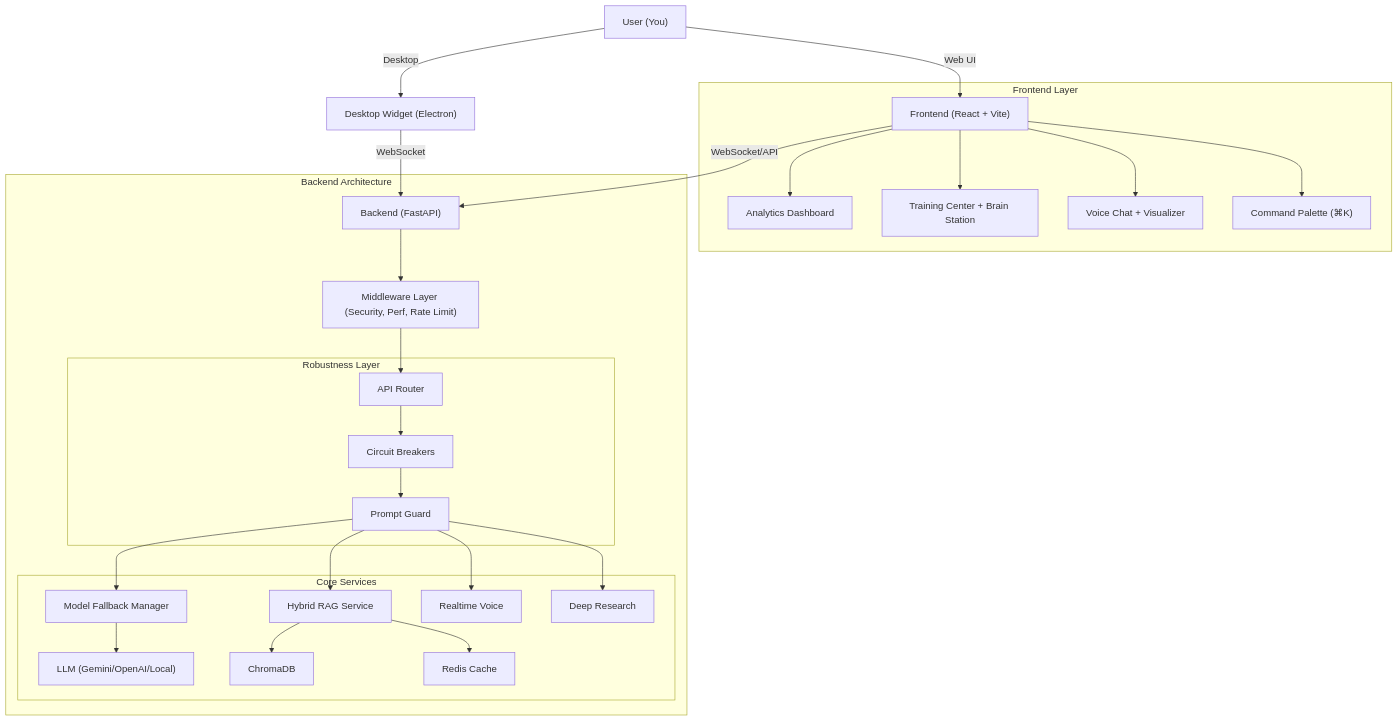
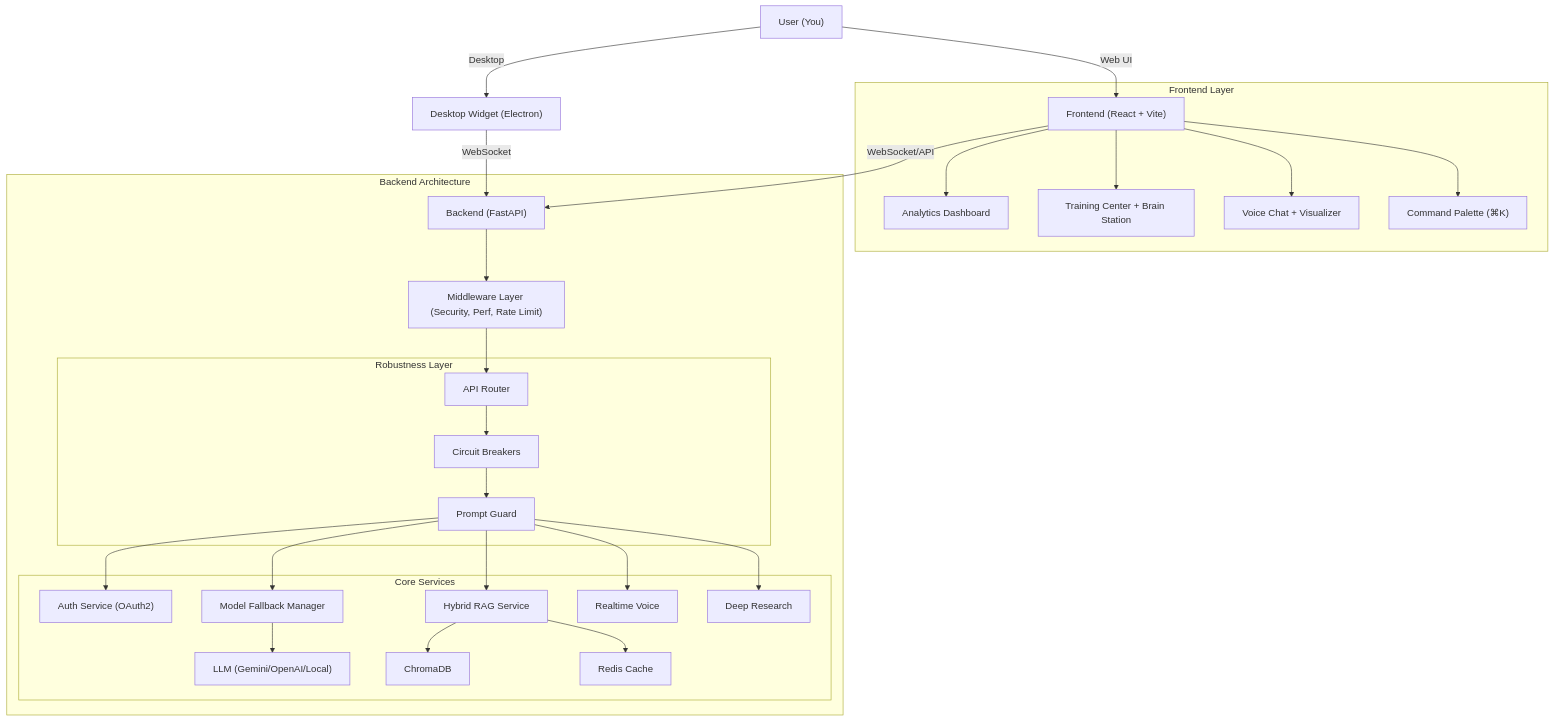
One commit to ChiragNSundar/Chirag-clone changed the first of 2 diagrams in README.md. Above: the diagram before and after it, drawn with Mermaid. The commit also changed other lines of this file and 15 other files, not shown here.

````diff
--- a/README.md
+++ b/README.md
@@ -126,37 +132,38 @@
 ```mermaid
 graph TD
     User["User (You)"] -->|Web UI| Frontend["Frontend (React + Vite)"]
     User -->|Desktop| Widget["Desktop Widget (Electron)"]
     
     subgraph "Frontend Layer"
         Frontend --> Dashboard["Analytics Dashboard"]
         Frontend --> Training["Training Center + Brain Station"]
         Frontend --> Chat["Voice Chat + Visualizer"]
         Frontend --> Command["Command Palette (⌘K)"]
     end
     
     Widget -->|WebSocket| Backend
     Frontend -->|WebSocket/API| Backend["Backend (FastAPI)"]
     
     subgraph "Backend Architecture"
         Backend --> Middle["Middleware Layer (Security, Perf, Rate Limit)"]
         Middle --> Router["API Router"]
         
         subgraph "Robustness Layer"
             Router --> CB["Circuit Breakers"]
             CB --> Guard["Prompt Guard"]
         end
         
         subgraph "Core Services"
+            Guard --> Auth["Auth Service (OAuth2)"]
             Guard --> Fallback["Model Fallback Manager"]
             Fallback --> L["LLM (Gemini/OpenAI/Local)"]
             
             Guard --> RAG["Hybrid RAG Service"]
             RAG --> Chroma["ChromaDB"]
             RAG --> Redis["Redis Cache"]
             
             Guard --> Realtime["Realtime Voice"]
             Guard --> Research["Deep Research"]
         end
     end
 ```
````
